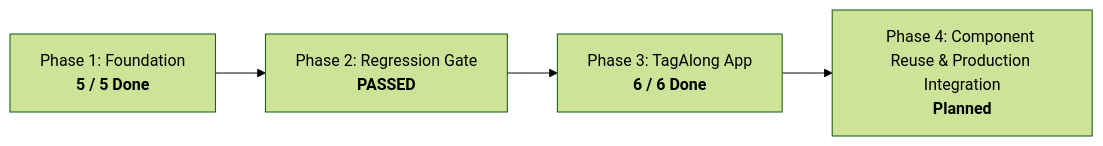
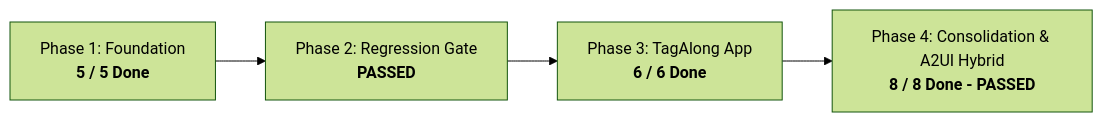
One commit to maiatoday/tag-spotter changed the diagram in docs/tagalong-task-tracker.md. Above: the diagram before and after it, drawn with Mermaid (forest theme). The commit also changed other lines of this file, not shown here.

Commit message:
docs: mark Step 4.8 regression gate as passed and Phase 4 complete

````diff
--- a/docs/tagalong-task-tracker.md
+++ b/docs/tagalong-task-tracker.md
@@ -13,6 +13,6 @@
 ```mermaid
 flowchart LR
     P1[Phase 1: Foundation<br><b>5 / 5 Done</b>] --> P2[Phase 2: Regression Gate<br><b>PASSED</b>]
     P2 --> P3[Phase 3: TagAlong App<br><b>6 / 6 Done</b>]
-    P3 --> P4[Phase 4: Component Reuse & Production Integration<br><b>Planned</b>]
+    P3 --> P4[Phase 4: Consolidation & A2UI Hybrid<br><b>8 / 8 Done - PASSED</b>]
 ```
````
